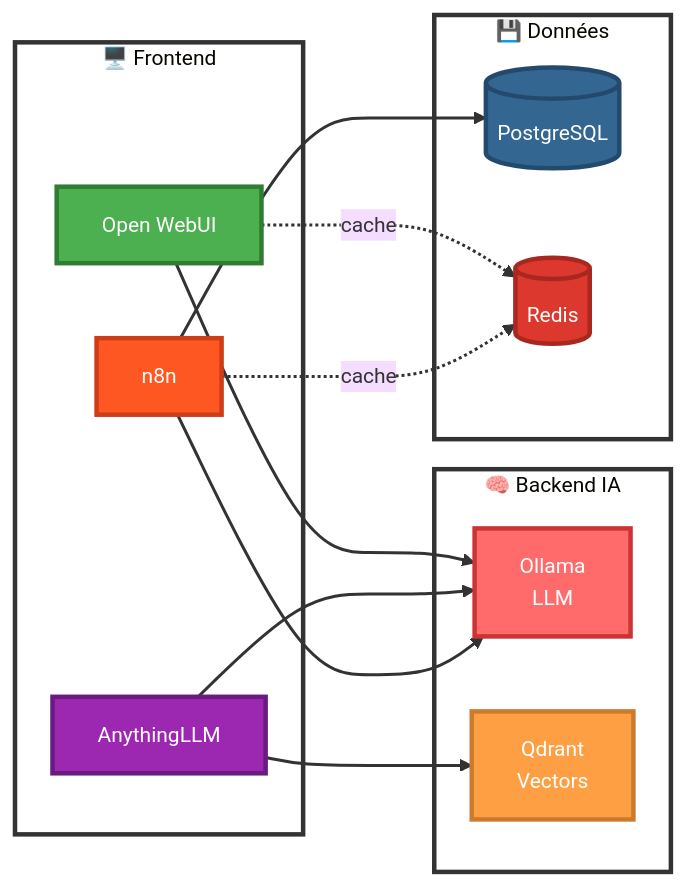
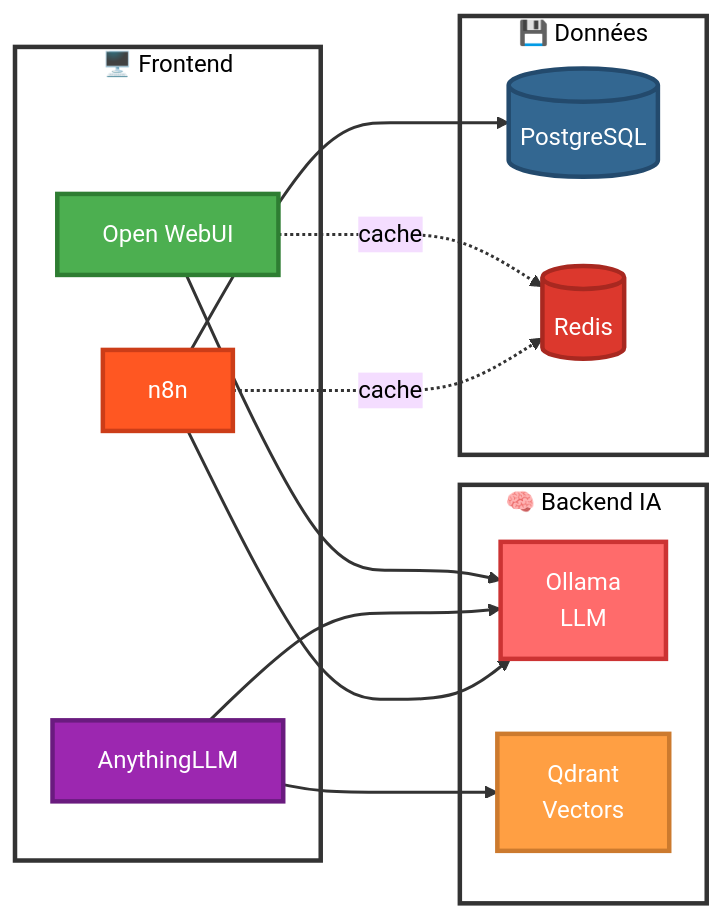
One commit to MPFabio/Stack-IA changed diagram 12 of 14 in docs/ARCHITECTURE.md. Above: the diagram before and after it, drawn with Mermaid. The commit also changed other lines of this file, not shown here.

First line of the commit message:
feat(docs): Fonds colorés sur TOUS les diagrammes

````diff
--- a/docs/ARCHITECTURE.md
+++ b/docs/ARCHITECTURE.md
@@ -818,42 +818,42 @@
 ```mermaid
-%%{init: {'theme':'base', 'themeVariables': { 'fontSize':'14px'}}}%%
+%%{init: {'theme':'base', 'themeVariables': {'background':'#e1f5fe','mainBkg':'#e1f5fe','primaryTextColor':'#000','secondaryTextColor':'#000','tertiaryTextColor':'#000','lineColor':'#000','textColor':'#000'}}}%%
 graph LR
     subgraph UI["🖥️ Frontend"]
         WEBUI["Open WebUI"]
         ANYTHING["AnythingLLM"]
         N8N["n8n"]
     end
     
     subgraph BACKEND["🧠 Backend IA"]
         OLLAMA["Ollama<br/>LLM"]
         QDRANT["Qdrant<br/>Vectors"]
     end
     
     subgraph DATA["💾 Données"]
         POSTGRES[("PostgreSQL")]
         REDIS[("Redis")]
     end
     
     WEBUI --> OLLAMA
     WEBUI -.cache.-> REDIS
     
     ANYTHING --> OLLAMA
     ANYTHING --> QDRANT
     
     N8N --> OLLAMA
     N8N --> POSTGRES
     N8N -.cache.-> REDIS
     
     style WEBUI fill:#4CAF50,stroke:#2e7d32,stroke-width:3px,color:#fff
     style ANYTHING fill:#9C27B0,stroke:#6a1b7f,stroke-width:3px,color:#fff
     style N8N fill:#FF5722,stroke:#cc3d18,stroke-width:3px,color:#fff
     style OLLAMA fill:#ff6b6b,stroke:#cc3333,stroke-width:3px,color:#fff
     style QDRANT fill:#ff9f43,stroke:#cc7a2e,stroke-width:3px,color:#fff
     style POSTGRES fill:#336791,stroke:#234a6d,stroke-width:3px,color:#fff
     style REDIS fill:#dc382d,stroke:#a82820,stroke-width:3px,color:#fff
     style UI fill:#ffffff,stroke:#333,stroke-width:3px
     style BACKEND fill:#ffffff,stroke:#333,stroke-width:3px
     style DATA fill:#ffffff,stroke:#333,stroke-width:3px
     
     linkStyle default stroke:#333,stroke-width:2px
 ```
````
